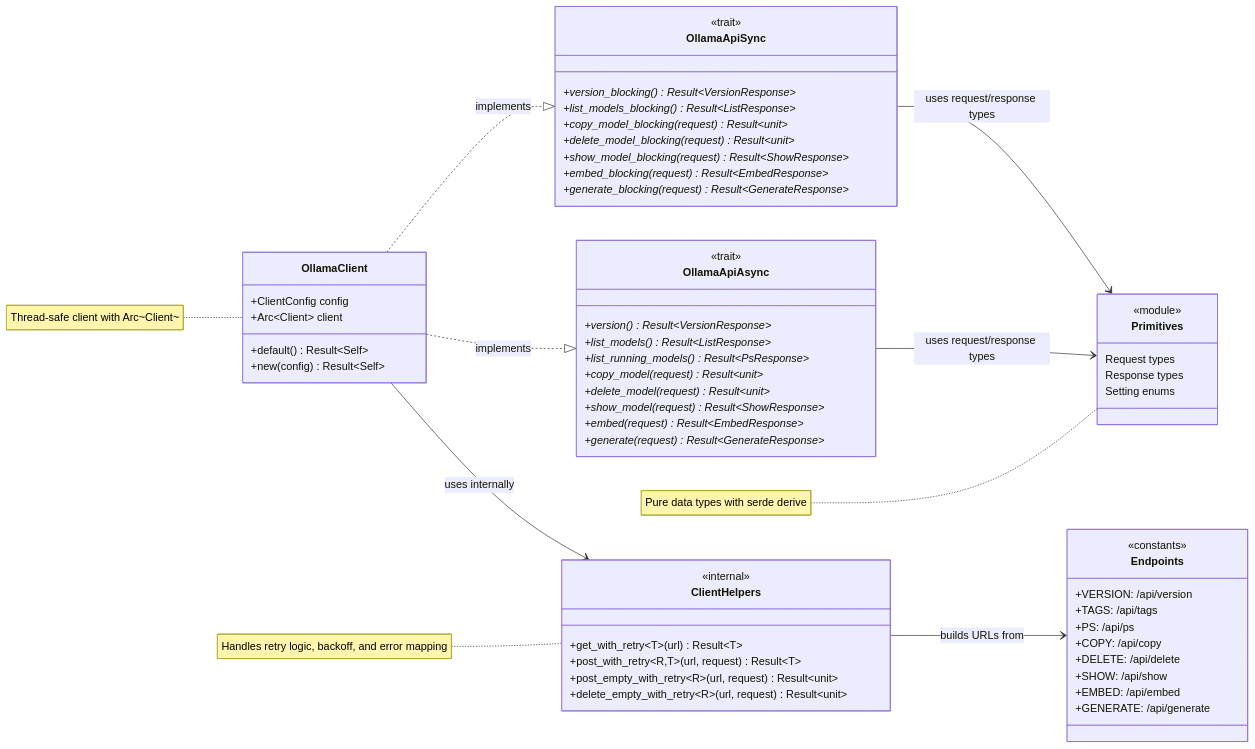
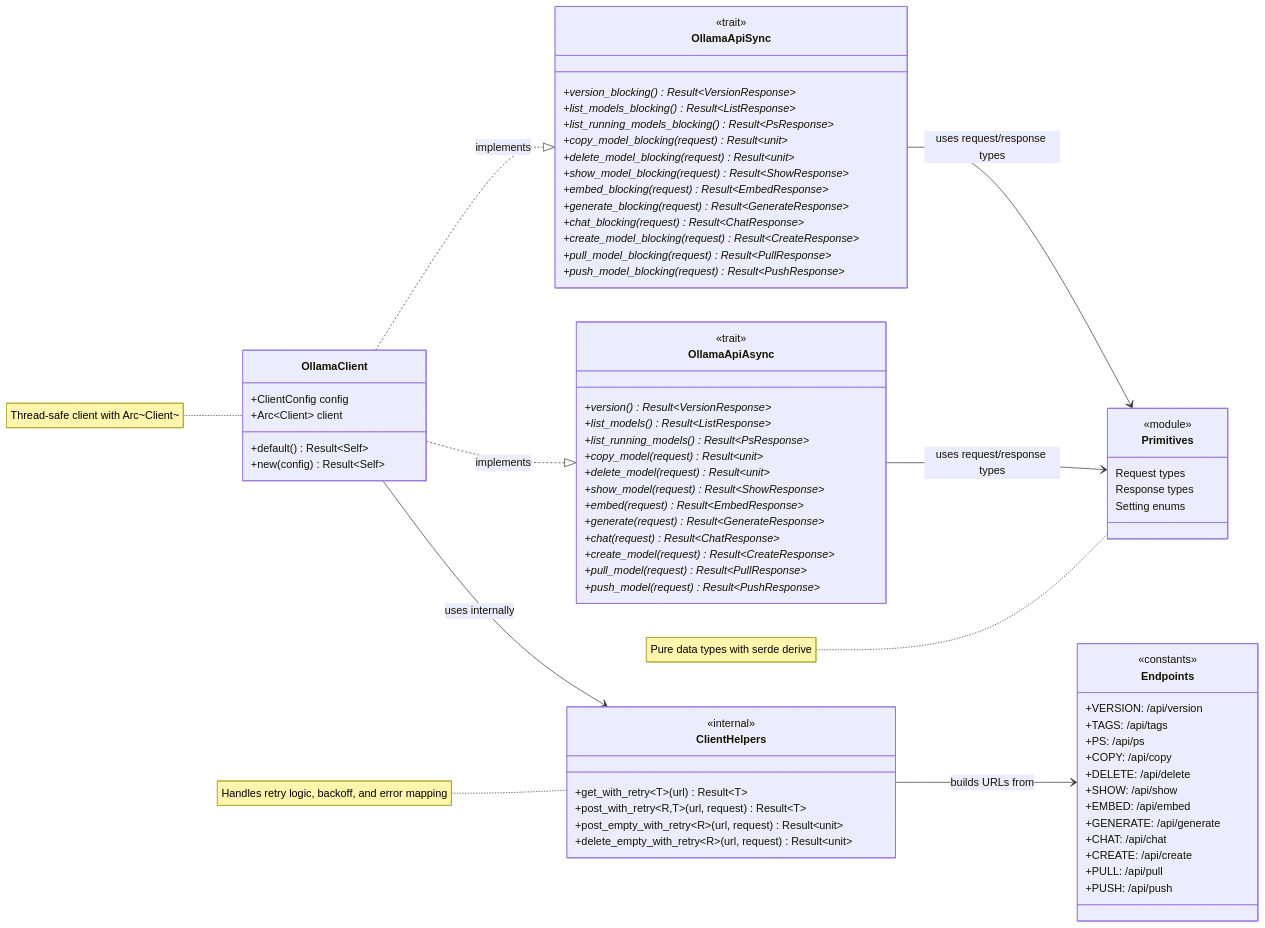
Before and after one commit to franciscotbjr/ollama-rs: the first of 4 diagrams in ARCHITECTURE.md, drawn with Mermaid. The commit also changed other lines of this file and 2 other files, not shown here.

Commit message:
Add POST /api/push endpoint: PushRequest/PushResponse types, push_model() async/sync methods, 10 tests, examples, update docs

```diff
--- a/ARCHITECTURE.md
+++ b/ARCHITECTURE.md
@@ -324,17 +327,26 @@
         +show_model(request)* Result~ShowResponse~
         +embed(request)* Result~EmbedResponse~
         +generate(request)* Result~GenerateResponse~
+        +chat(request)* Result~ChatResponse~
+        +create_model(request)* Result~CreateResponse~
+        +pull_model(request)* Result~PullResponse~
+        +push_model(request)* Result~PushResponse~
     }
 
     class OllamaApiSync {
         <<trait>>
         +version_blocking()* Result~VersionResponse~
         +list_models_blocking()* Result~ListResponse~
+        +list_running_models_blocking()* Result~PsResponse~
         +copy_model_blocking(request)* Result~unit~
         +delete_model_blocking(request)* Result~unit~
         +show_model_blocking(request)* Result~ShowResponse~
         +embed_blocking(request)* Result~EmbedResponse~
         +generate_blocking(request)* Result~GenerateResponse~
+        +chat_blocking(request)* Result~ChatResponse~
+        +create_model_blocking(request)* Result~CreateResponse~
+        +pull_model_blocking(request)* Result~PullResponse~
+        +push_model_blocking(request)* Result~PushResponse~
     }
 
     %% Internal Helpers
@@ -364,6 +376,10 @@
         +SHOW: /api/show
         +EMBED: /api/embed
         +GENERATE: /api/generate
+        +CHAT: /api/chat
+        +CREATE: /api/create
+        +PULL: /api/pull
+        +PUSH: /api/push
     }
 
     %% Relationships
```
